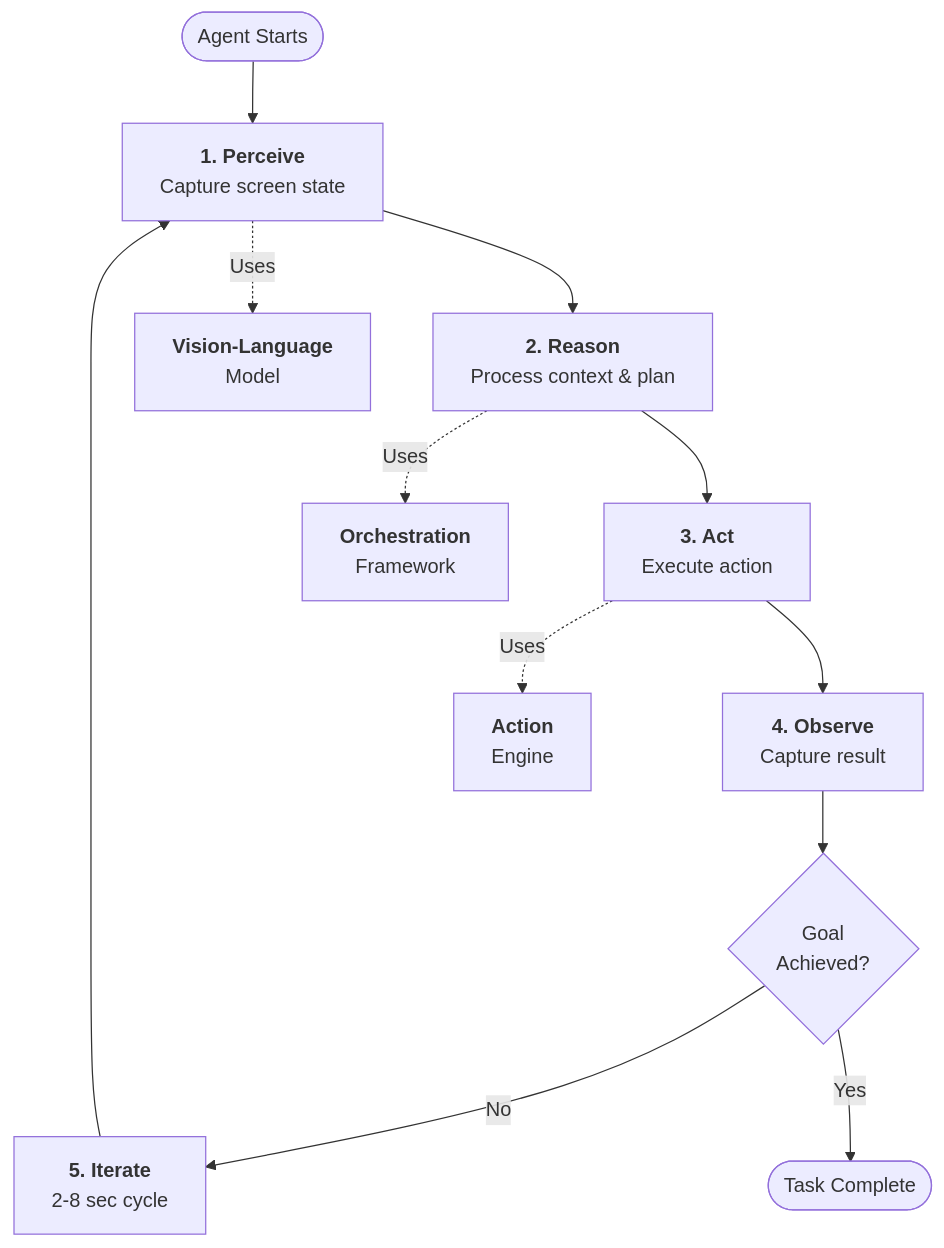
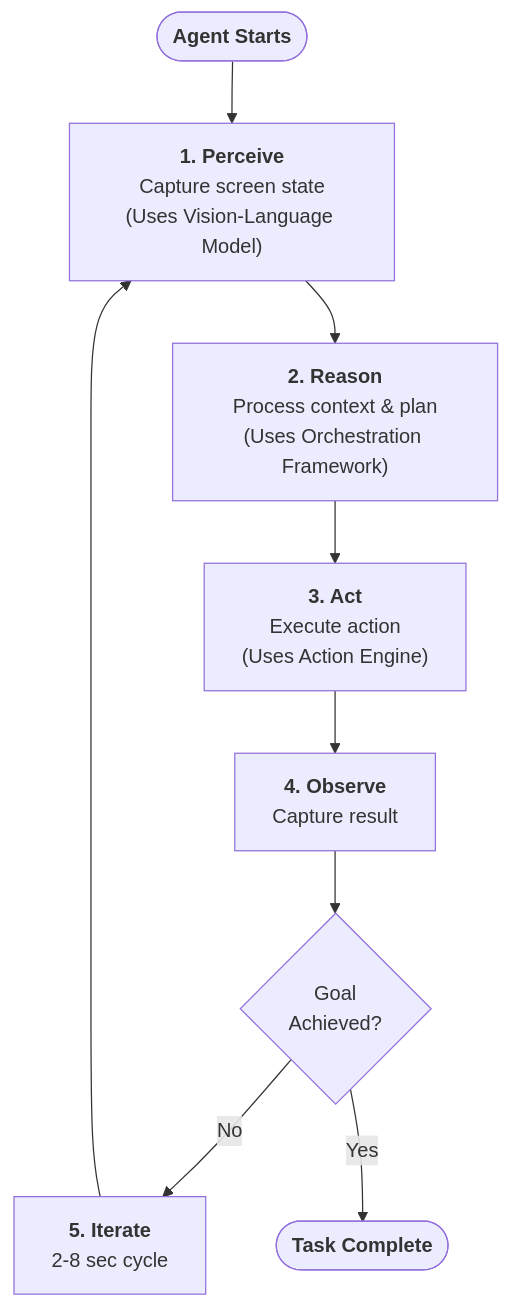
The first of 2 diagrams in src/content/docs/pro/integrations/computer-ai-agents/local-computer-use-agents.mdx (tallyfy/documentation), drawn with Mermaid before and after one commit. The commit also changed 2 other files, not shown here.

Commit message:
Fix: Convert hub-and-spoke Mermaid diagrams to vertical layouts for mobile
- Fixed parallel approval diagram to use sequential vertical flow
- Fixed Power BI connection diagram to eliminate branching authentication paths
- Fixed agent execution cycle to embed component annotations inline
- All diagrams now use graph TD with vertical sequential flow
- Ensures proper mobile rendering without horizontal spreading

````diff
--- a/src/content/docs/pro/integrations/computer-ai-agents/local-computer-use-agents.mdx
+++ b/src/content/docs/pro/integrations/computer-ai-agents/local-computer-use-agents.mdx
@@ -62,28 +62,32 @@
 ```mermaid
-flowchart TD
-    Start([Agent Starts]) --> Perceive["`**1. Perceive**
-Capture screen state`"]
+graph TD
+    Start(["`**Agent Starts**`"])
+    
+    Start --> Perceive["`**1. Perceive**
+    Capture screen state
+    (Uses Vision-Language Model)`"]
+    
     Perceive --> Reason["`**2. Reason**
-Process context & plan`"]
+    Process context & plan
+    (Uses Orchestration Framework)`"]
+    
     Reason --> Act["`**3. Act**
-Execute action`"]
+    Execute action
+    (Uses Action Engine)`"]
+    
     Act --> Observe["`**4. Observe**
-Capture result`"]
-    Observe --> Check{Goal<br/>Achieved?}
+    Capture result`"]
+    
+    Observe --> Check{"`Goal
+    Achieved?`"}
+    
     Check -->|"`No`"| Iterate["`**5. Iterate**
-2-8 sec cycle`"]
+    2-8 sec cycle`"]
+    
     Iterate --> Perceive
-    Check -->|"`Yes`"| Complete([Task Complete])
     
-    %% Component annotations
-    Perceive -.->|Uses| VLM["`**Vision-Language**
-Model`"]
-    Act -.->|Uses| Engine["`**Action**
-Engine`"]
-    Reason -.->|Uses| Orchestrator["`**Orchestration**
-Framework`"]
+    Check -->|"`Yes`"| Complete(["`**Task Complete**`"])
     
     click Perceive "/products/pro/integrations/computer-ai-agents/index/" "Learn about computer AI agents"
     click Act "/products/pro/integrations/computer-ai-agents/index/" "Computer AI agents overview"
-    click VLM "#core-architecture-components" "Vision-Language Model details"
 ```
````
